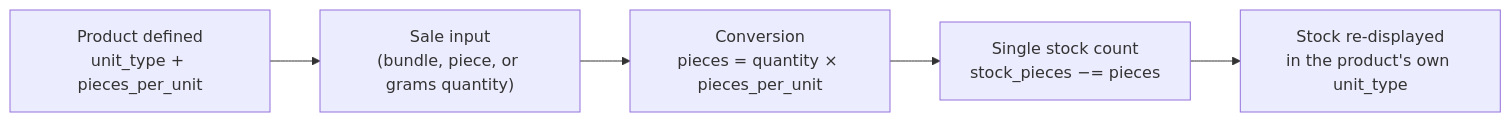
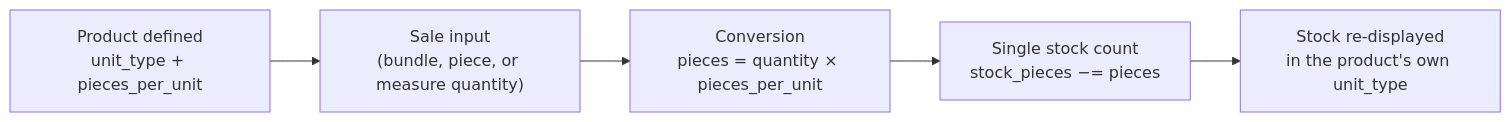
One commit to ovwankenobi/SnapStock changed the diagram in docs-technical/docs/architecture/unit-conversion.md. Above: the diagram before and after it, drawn with Mermaid. The commit also changed other lines of this file and 1156 other files, not shown here.

````diff
--- a/docs-technical/docs/architecture/unit-conversion.md
+++ b/docs-technical/docs/architecture/unit-conversion.md
@@ -10,7 +10,7 @@
 ```mermaid
 flowchart LR
-    A["Product defined<br/>unit_type + pieces_per_unit"] --> B["Sale input<br/>(bundle, piece, or grams quantity)"]
+    A["Product defined<br/>unit_type + pieces_per_unit"] --> B["Sale input<br/>(bundle, piece, or measure quantity)"]
     B --> C["Conversion<br/>pieces = quantity × pieces_per_unit"]
     C --> D["Single stock count<br/>stock_pieces −= pieces"]
     D --> E["Stock re-displayed<br/>in the product's own unit_type"]
 ```
````
